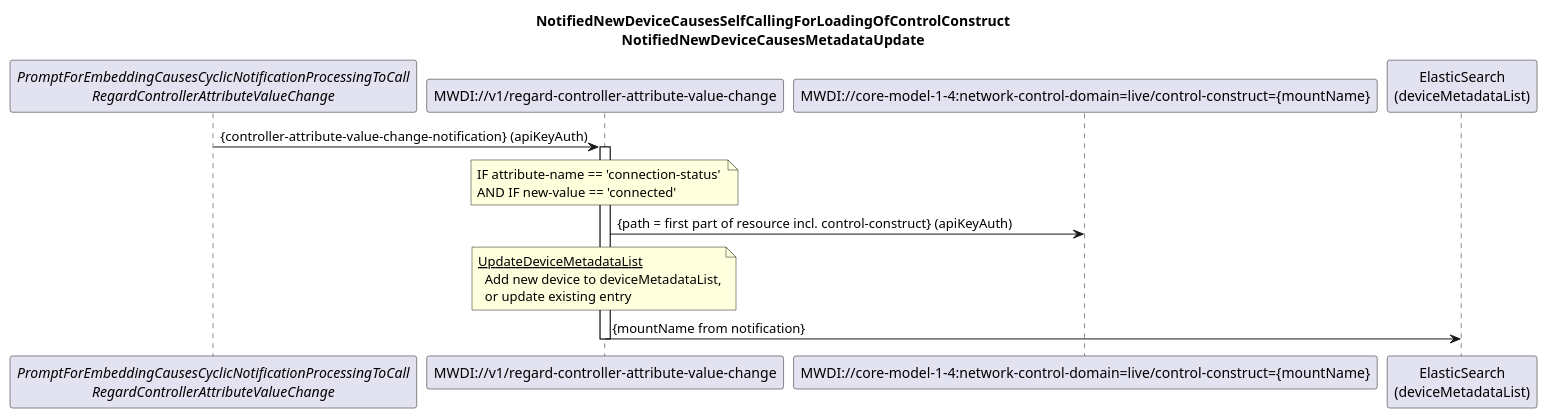
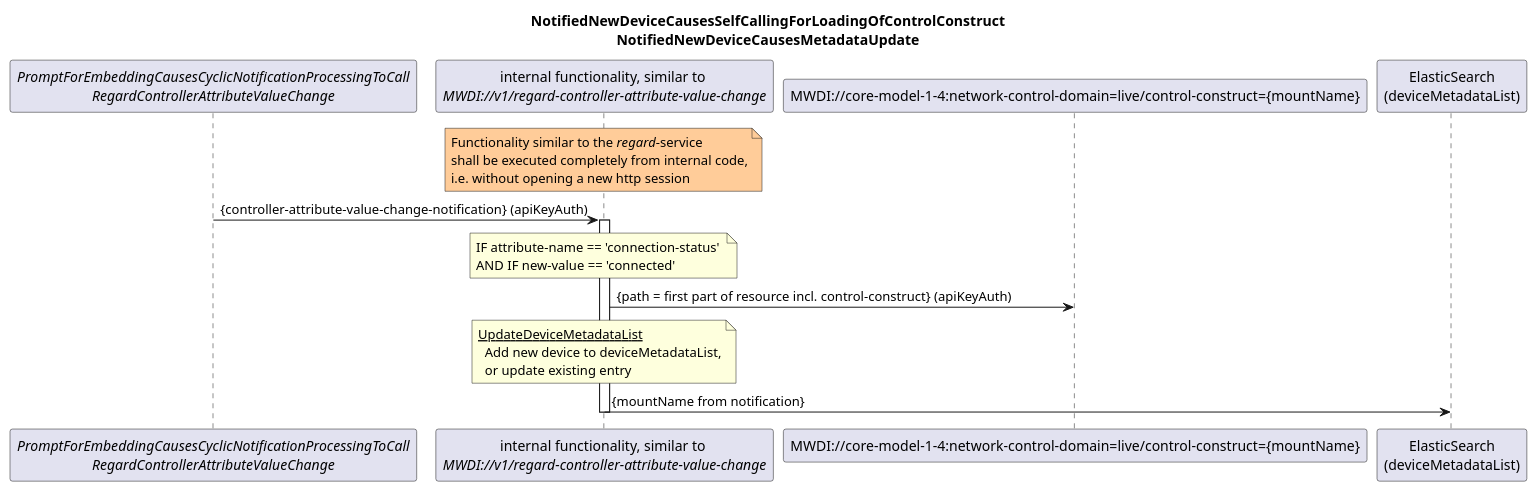
Before and after one commit to openBackhaul/MicroWaveDeviceInventory: the diagram in spec/diagrams/020_NotificationBasedDeviceListSyncAddUpdate.plantuml, drawn with PlantUML. The commit also changed 13 other files, not shown here.

Commit message:
fix diagrams

```diff
--- a/spec/diagrams/020_NotificationBasedDeviceListSyncAddUpdate.plantuml
+++ b/spec/diagrams/020_NotificationBasedDeviceListSyncAddUpdate.plantuml
@@ -1,33 +1,39 @@
 @startuml 020_NotificationBasedDeviceListSyncAddUpdate
 skinparam responseMessageBelowArrow true
 
 title  
   NotifiedNewDeviceCausesSelfCallingForLoadingOfControlConstruct
   NotifiedNewDeviceCausesMetadataUpdate
 end title
 
 participant "<i>PromptForEmbeddingCausesCyclicNotificationProcessingToCall</i>\n<i>RegardControllerAttributeValueChange</i>" as init
-participant "MWDI://v1/regard-controller-attribute-value-change" as regardNewDevice
+participant "internal functionality, similar to \n<i>MWDI://v1/regard-controller-attribute-value-change</i>" as regardNewDevice
 participant "MWDI://core-model-1-4:network-control-domain=live/control-construct={mountName}" as liveControlConstruct
 participant "ElasticSearch\n(deviceMetadataList)" as es
+
+note over regardNewDevice #ffcc99
+  Functionality similar to the <i>regard</i>-service
+  shall be executed completely from internal code,
+  i.e. without opening a new http session
+end note
 
 init -> regardNewDevice: {controller-attribute-value-change-notification} (apiKeyAuth)
 activate regardNewDevice
 
 note over regardNewDevice
 IF attribute-name == 'connection-status' 
 AND IF new-value == 'connected'
 end note
 
 regardNewDevice -> liveControlConstruct: {path = first part of resource incl. control-construct} (apiKeyAuth)
 
 note over regardNewDevice
   <u>UpdateDeviceMetadataList</u>
     Add new device to deviceMetadataList,
     or update existing entry
 end note
 regardNewDevice -> es: {mountName from notification}
 
 deactivate regardNewDevice
 
 @enduml
```
